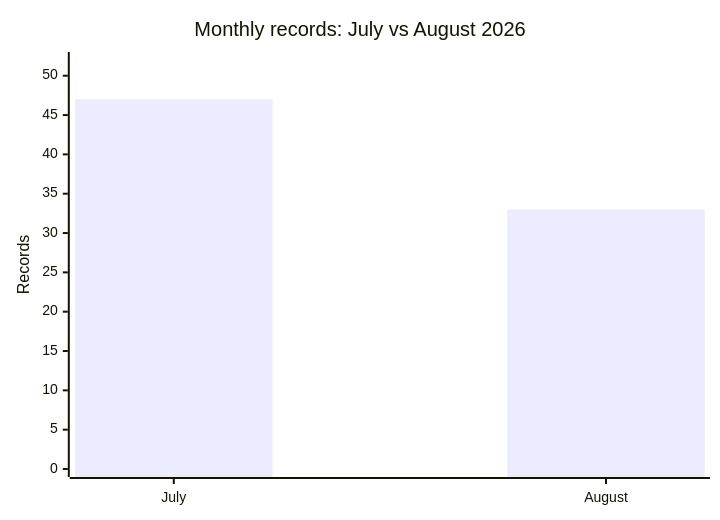
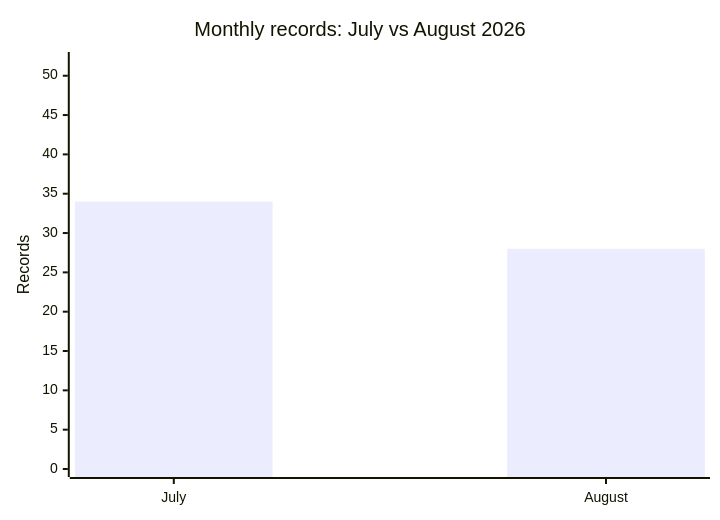
The diagram in comparison/2026/07-july-august/README.md (Hatchepsoute/AFRINTEL), drawn with Mermaid before and after one commit. The commit also changed other lines of this file and 98 other files, not shown here.

````diff
--- a/comparison/2026/07-july-august/README.md
+++ b/comparison/2026/07-july-august/README.md
@@ -15,7 +15,7 @@
 ```mermaid
 xychart-beta
     title "Monthly records: July vs August 2026"
     x-axis [July, August]
     y-axis "Records" 0 --> 52
-    bar [47, 33]
+    bar [34, 28]
 ```
````
